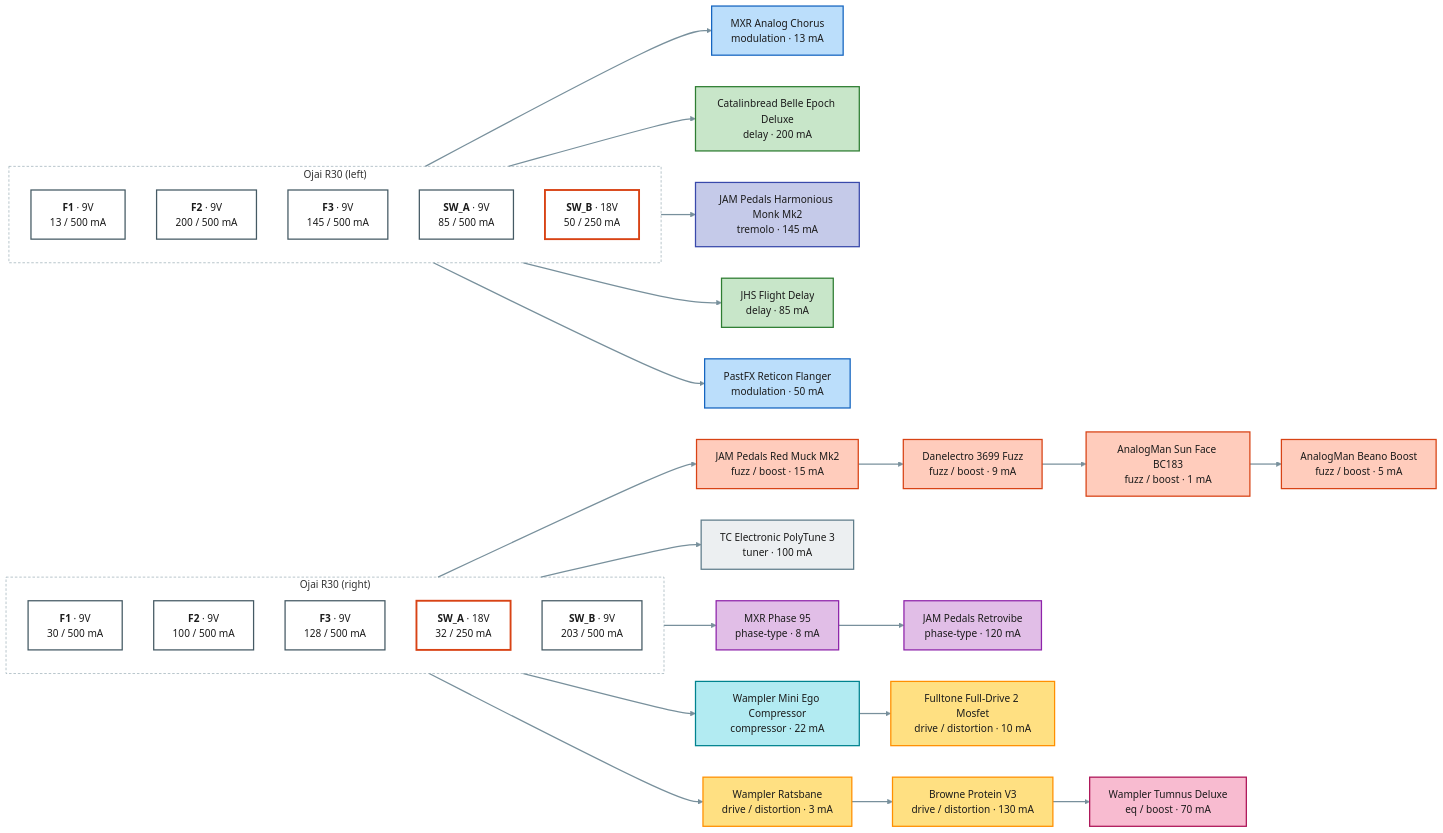
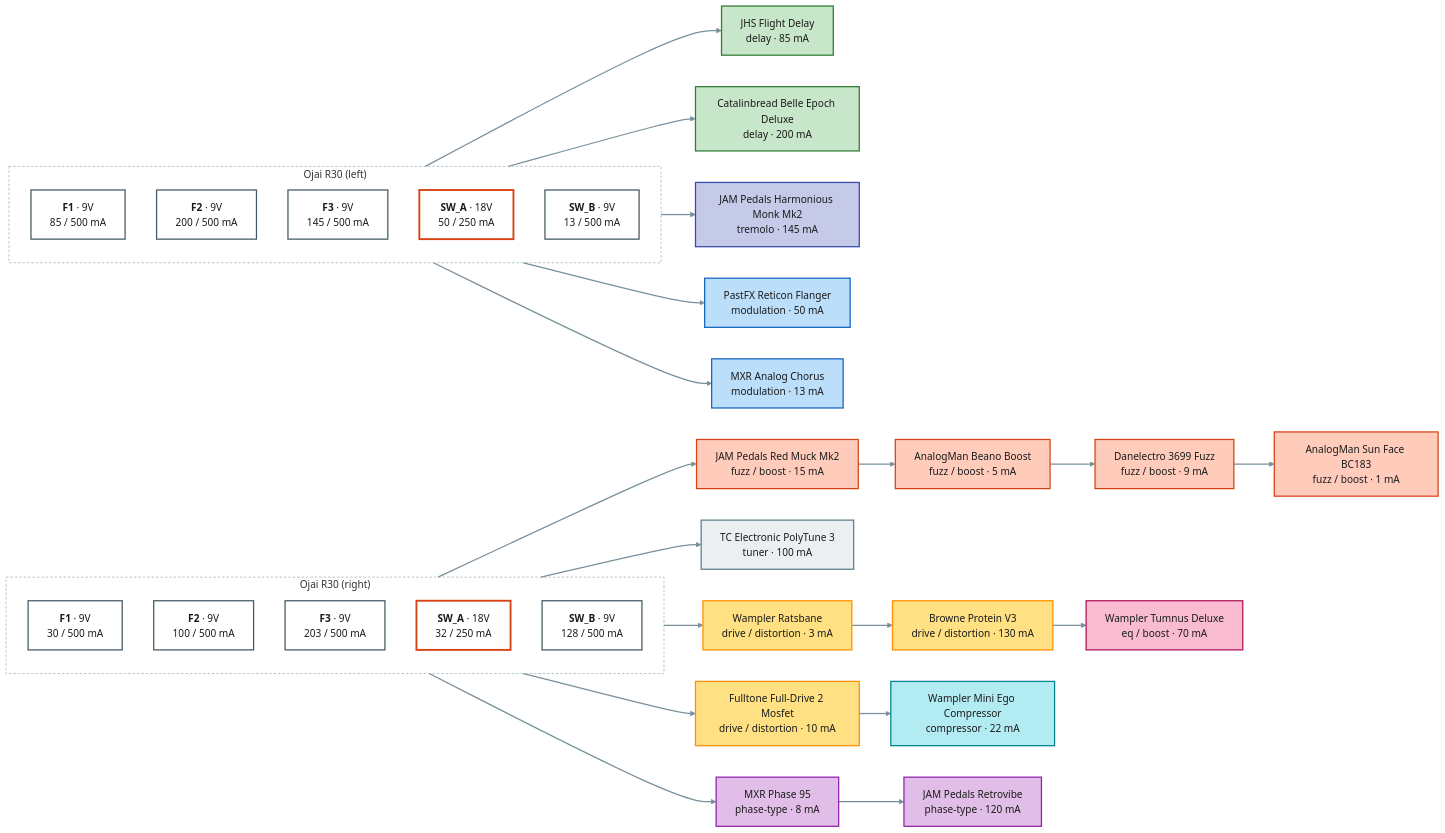
One commit to pedroacvieira/pedalboard changed the diagram in projects/guitar-gig/power.mmd. Above: the diagram before and after it, drawn with Mermaid (neutral theme). The commit also changed 4 other files, not shown here.

```diff
--- a/projects/guitar-gig/power.mmd
+++ b/projects/guitar-gig/power.mmd
@@ -1,66 +1,66 @@
 flowchart LR
     subgraph psu1["Ojai R30 (left)"]
         direction TB
-        psu1_F1["<b>F1</b> · 9V<br/>13 / 500 mA"]:::out9
+        psu1_F1["<b>F1</b> · 9V<br/>85 / 500 mA"]:::out9
         psu1_F2["<b>F2</b> · 9V<br/>200 / 500 mA"]:::out9
         psu1_F3["<b>F3</b> · 9V<br/>145 / 500 mA"]:::out9
-        psu1_SW_A["<b>SW_A</b> · 9V<br/>85 / 500 mA"]:::out9
-        psu1_SW_B["<b>SW_B</b> · 18V<br/>50 / 250 mA"]:::out18
+        psu1_SW_A["<b>SW_A</b> · 18V<br/>50 / 250 mA"]:::out18
+        psu1_SW_B["<b>SW_B</b> · 9V<br/>13 / 500 mA"]:::out9
     end
     subgraph psu2["Ojai R30 (right)"]
         direction TB
         psu2_F1["<b>F1</b> · 9V<br/>30 / 500 mA"]:::out9
         psu2_F2["<b>F2</b> · 9V<br/>100 / 500 mA"]:::out9
-        psu2_F3["<b>F3</b> · 9V<br/>128 / 500 mA"]:::out9
+        psu2_F3["<b>F3</b> · 9V<br/>203 / 500 mA"]:::out9
         psu2_SW_A["<b>SW_A</b> · 18V<br/>32 / 250 mA"]:::out18
-        psu2_SW_B["<b>SW_B</b> · 9V<br/>203 / 500 mA"]:::out9
+        psu2_SW_B["<b>SW_B</b> · 9V<br/>128 / 500 mA"]:::out9
     end
-    analog_chorus["MXR Analog Chorus<br/>modulation · 13 mA"]:::c_modulation
+    flight_delay["JHS Flight Delay<br/>delay · 85 mA"]:::c_delay
     belle_epoch["Catalinbread Belle Epoch Deluxe<br/>delay · 200 mA"]:::c_delay
     monk["JAM Pedals Harmonious Monk Mk2<br/>tremolo · 145 mA"]:::c_tremolo
-    flight_delay["JHS Flight Delay<br/>delay · 85 mA"]:::c_delay
     reticon["PastFX Reticon Flanger<br/>modulation · 50 mA"]:::c_modulation
+    analog_chorus["MXR Analog Chorus<br/>modulation · 13 mA"]:::c_modulation
     red_muck["JAM Pedals Red Muck Mk2<br/>fuzz / boost · 15 mA"]:::c_fuzz___boost
+    beano["AnalogMan Beano Boost<br/>fuzz / boost · 5 mA"]:::c_fuzz___boost
     danelectro_3699["Danelectro 3699 Fuzz<br/>fuzz / boost · 9 mA"]:::c_fuzz___boost
     sun_face["AnalogMan Sun Face BC183<br/>fuzz / boost · 1 mA"]:::c_fuzz___boost
-    beano["AnalogMan Beano Boost<br/>fuzz / boost · 5 mA"]:::c_fuzz___boost
     polytune_3["TC Electronic PolyTune 3<br/>tuner · 100 mA"]:::c_tuner
-    phase_95["MXR Phase 95<br/>phase-type · 8 mA"]:::c_phase_type
-    retrovibe["JAM Pedals Retrovibe<br/>phase-type · 120 mA"]:::c_phase_type
-    mini_ego["Wampler Mini Ego Compressor<br/>compressor · 22 mA"]:::c_compressor
-    fulldrive_2["Fulltone Full-Drive 2 Mosfet<br/>drive / distortion · 10 mA"]:::c_drive___distortion
     ratsbane["Wampler Ratsbane<br/>drive / distortion · 3 mA"]:::c_drive___distortion
     protein["Browne Protein V3<br/>drive / distortion · 130 mA"]:::c_drive___distortion
     tumnus_deluxe["Wampler Tumnus Deluxe<br/>eq / boost · 70 mA"]:::c_eq___boost
-    psu1_F1 --> analog_chorus
+    fulldrive_2["Fulltone Full-Drive 2 Mosfet<br/>drive / distortion · 10 mA"]:::c_drive___distortion
+    mini_ego["Wampler Mini Ego Compressor<br/>compressor · 22 mA"]:::c_compressor
+    phase_95["MXR Phase 95<br/>phase-type · 8 mA"]:::c_phase_type
+    retrovibe["JAM Pedals Retrovibe<br/>phase-type · 120 mA"]:::c_phase_type
+    psu1_F1 --> flight_delay
     psu1_F2 --> belle_epoch
     psu1_F3 --> monk
-    psu1_SW_A --> flight_delay
-    psu1_SW_B --> reticon
+    psu1_SW_A --> reticon
+    psu1_SW_B --> analog_chorus
     psu2_F1 --> red_muck
-    red_muck --> danelectro_3699
+    red_muck --> beano
+    beano --> danelectro_3699
     danelectro_3699 --> sun_face
-    sun_face --> beano
     psu2_F2 --> polytune_3
-    psu2_F3 --> phase_95
-    phase_95 --> retrovibe
-    psu2_SW_A --> mini_ego
-    mini_ego --> fulldrive_2
-    psu2_SW_B --> ratsbane
+    psu2_F3 --> ratsbane
     ratsbane --> protein
     protein --> tumnus_deluxe
+    psu2_SW_A --> fulldrive_2
+    fulldrive_2 --> mini_ego
+    psu2_SW_B --> phase_95
+    phase_95 --> retrovibe
     classDef out9 fill:#ffffff,stroke:#455a64,stroke-width:2px,color:#1b1b1b
     classDef out18 fill:#ffffff,stroke:#d84315,stroke-width:3px,color:#1b1b1b
     classDef spare fill:#fafafa,stroke:#9e9e9e,stroke-dasharray:4 3,color:#757575
     classDef c_tuner fill:#eceff1,stroke:#607d8b,stroke-width:2px,color:#1b1b1b
     classDef c_compressor fill:#b2ebf2,stroke:#00838f,stroke-width:2px,color:#1b1b1b
     classDef c_fuzz___boost fill:#ffccbc,stroke:#d84315,stroke-width:2px,color:#1b1b1b
     classDef c_drive___distortion fill:#ffe082,stroke:#ff8f00,stroke-width:2px,color:#1b1b1b
     classDef c_phase_type fill:#e1bee7,stroke:#8e24aa,stroke-width:2px,color:#1b1b1b
     classDef c_modulation fill:#bbdefb,stroke:#1565c0,stroke-width:2px,color:#1b1b1b
     classDef c_tremolo fill:#c5cae9,stroke:#3949ab,stroke-width:2px,color:#1b1b1b
     classDef c_delay fill:#c8e6c9,stroke:#2e7d32,stroke-width:2px,color:#1b1b1b
     classDef c_eq___boost fill:#f8bbd0,stroke:#ad1457,stroke-width:2px,color:#1b1b1b
     style psu1 fill:none,stroke:#90a4ae,stroke-dasharray:4 3
     style psu2 fill:none,stroke:#90a4ae,stroke-dasharray:4 3
     linkStyle default stroke:#78909c,stroke-width:2px
```
